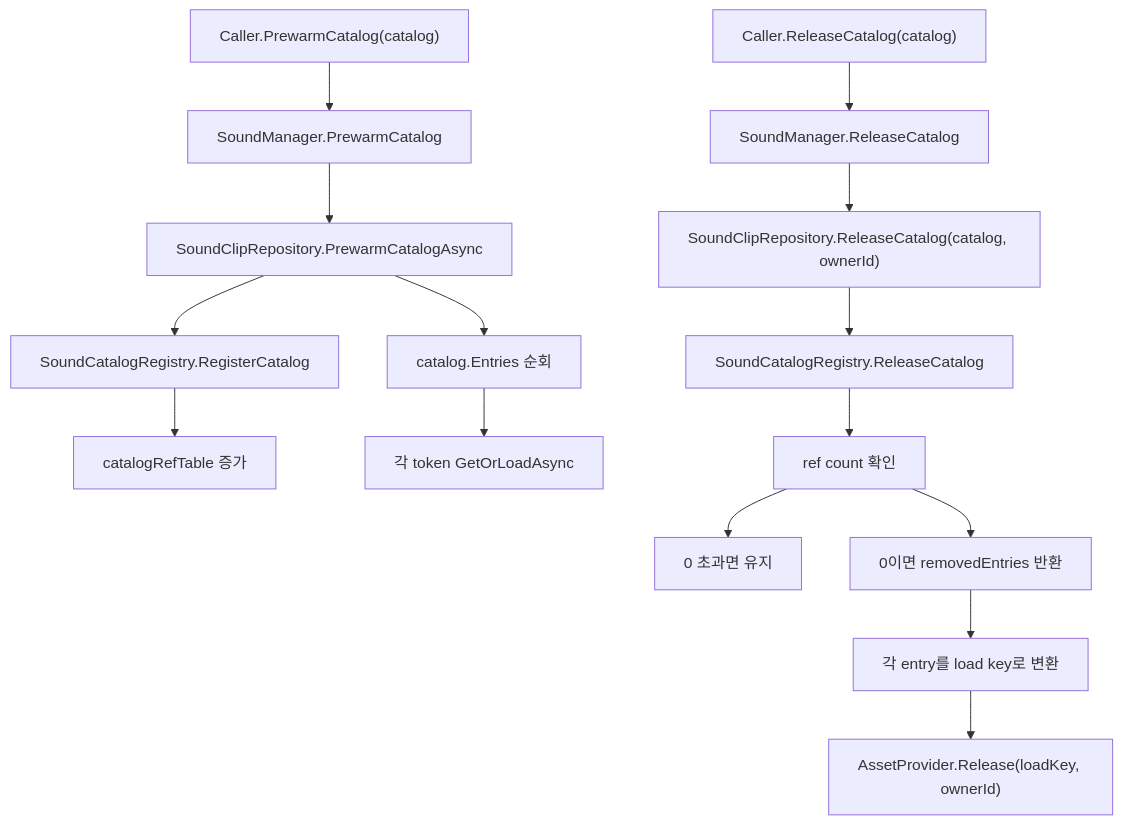
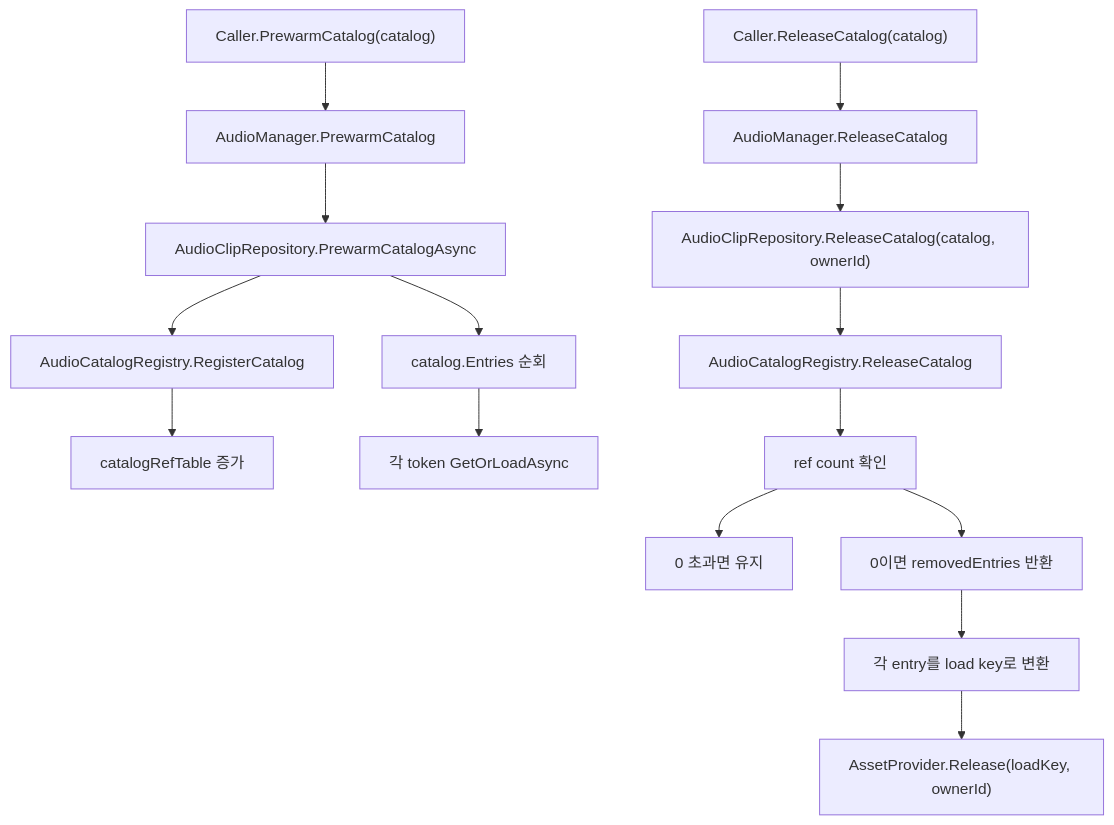
Before and after one commit to HoHong123/HCUP-Unity: the fourth of 5 diagrams in HAudio/Runtime/README.md, drawn with Mermaid. The commit also changed other lines of this file, not shown here.

Commit message:
[Docs] 📝 04.08.26 update HAudio README to renamed Audio classes and Uid partial layout.

````diff
--- a/HAudio/Runtime/README.md
+++ b/HAudio/Runtime/README.md
@@ -100,18 +100,18 @@
 ```mermaid
 flowchart TD
-    A["Caller.PrewarmCatalog(catalog)"] --> B["SoundManager.PrewarmCatalog"]
-    B --> C["SoundClipRepository.PrewarmCatalogAsync"]
-    C --> D["SoundCatalogRegistry.RegisterCatalog"]
+    A["Caller.PrewarmCatalog(catalog)"] --> B["AudioManager.PrewarmCatalog"]
+    B --> C["AudioClipRepository.PrewarmCatalogAsync"]
+    C --> D["AudioCatalogRegistry.RegisterCatalog"]
     D --> E["catalogRefTable 증가"]
     C --> F["catalog.Entries 순회"]
     F --> G["각 token GetOrLoadAsync"]
 
-    H["Caller.ReleaseCatalog(catalog)"] --> I["SoundManager.ReleaseCatalog"]
-    I --> J["SoundClipRepository.ReleaseCatalog(catalog, ownerId)"]
-    J --> K["SoundCatalogRegistry.ReleaseCatalog"]
+    H["Caller.ReleaseCatalog(catalog)"] --> I["AudioManager.ReleaseCatalog"]
+    I --> J["AudioClipRepository.ReleaseCatalog(catalog, ownerId)"]
+    J --> K["AudioCatalogRegistry.ReleaseCatalog"]
     K --> L["ref count 확인"]
     L --> M["0 초과면 유지"]
     L --> N["0이면 removedEntries 반환"]
     N --> O["각 entry를 load key로 변환"]
     O --> P["AssetProvider.Release(loadKey, ownerId)"]
 ```
````
